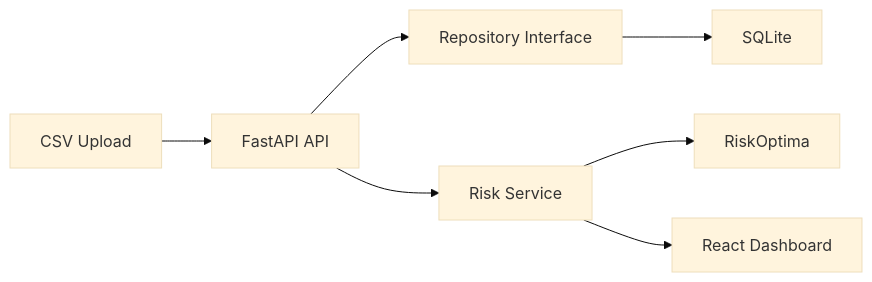
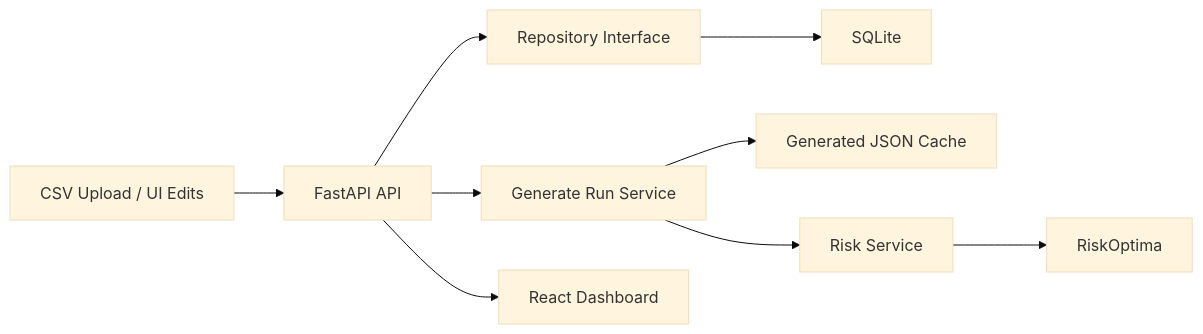
One commit to JordiCorbilla/RiskOptima-Platform changed the diagram in README.md. Above: the diagram before and after it, drawn with Mermaid (base theme). The commit also changed other lines of this file and 19 other files, not shown here.

````diff
--- a/README.md
+++ b/README.md
@@ -26,9 +27,11 @@
 ```mermaid
 flowchart LR
-  CSV["CSV Upload"] --> API["FastAPI API"]
+  CSV["CSV Upload / UI Edits"] --> API["FastAPI API"]
   API --> Repo["Repository Interface"]
   Repo --> DB["SQLite"]
-  API --> Risk["Risk Service"]
+  API --> Run["Generate Run Service"]
+  Run --> Cache["Generated JSON Cache"]
+  Run --> Risk["Risk Service"]
   Risk --> RO["RiskOptima"]
-  Risk --> UI["React Dashboard"]
+  API --> UI["React Dashboard"]
 ```
````
